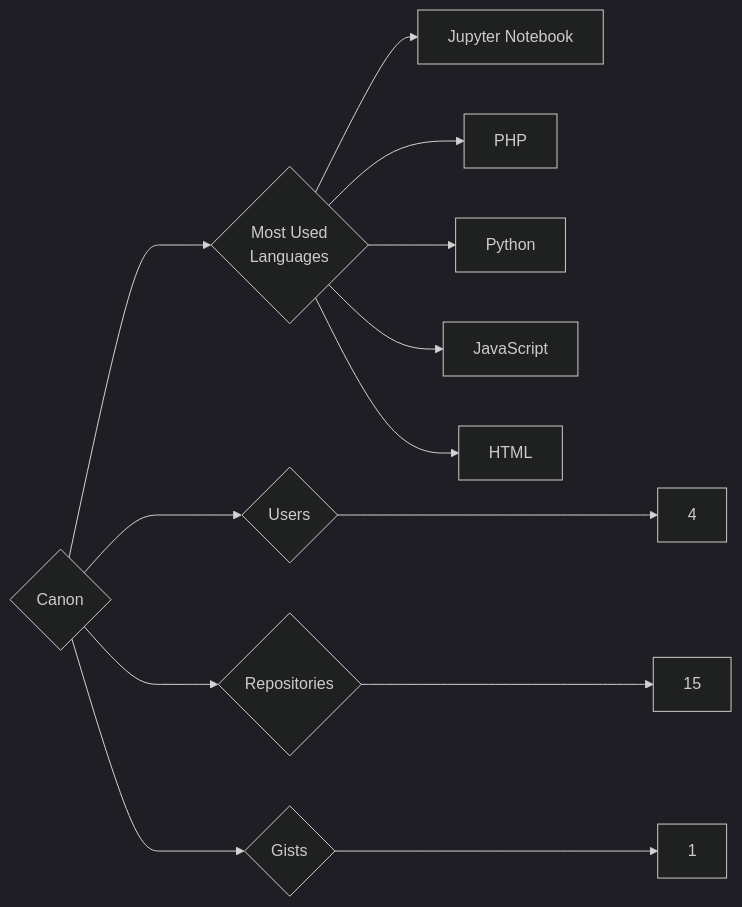
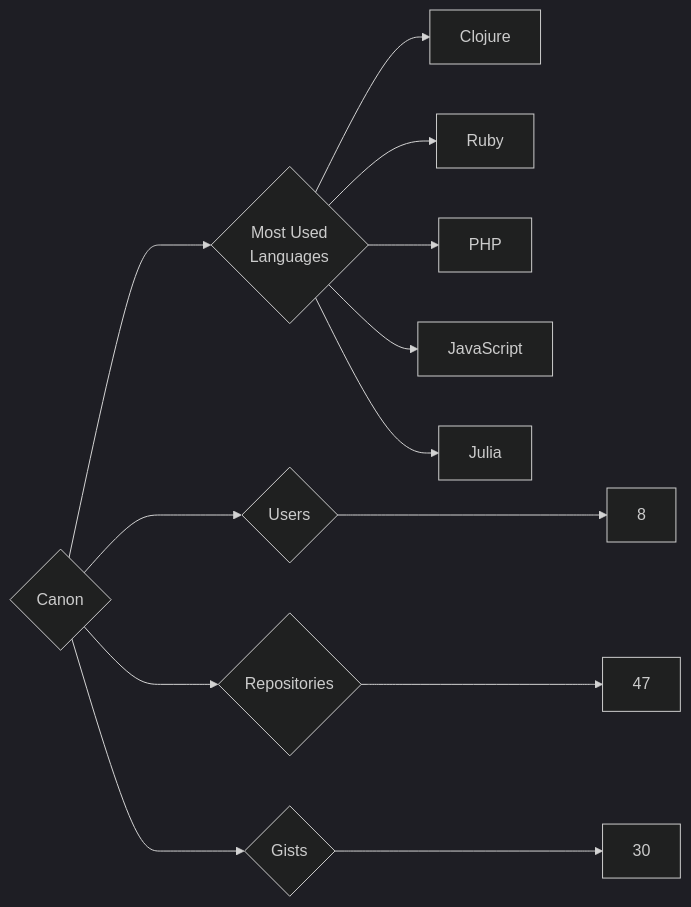
One commit to trickest/insiders changed the diagram in targets/Canon/README.md. Above: the diagram before and after it, drawn with Mermaid (dark theme). The commit also changed 857 other files, not shown here.

````diff
--- a/targets/Canon/README.md
+++ b/targets/Canon/README.md
@@ -3,13 +3,13 @@
 ```mermaid
 graph LR
 COMPANY_NAME{Canon}
-COMPANY_NAME ---> U{Users} ---> UN[4]
-COMPANY_NAME ---> R{Repositories} ---> RN[15]
-COMPANY_NAME ---> G{Gists} ---> GN[1]
+COMPANY_NAME ---> U{Users} ---> UN[8]
+COMPANY_NAME ---> R{Repositories} ---> RN[47]
+COMPANY_NAME ---> G{Gists} ---> GN[30]
 COMPANY_NAME ---> ML{Most Used<br>Languages}
-ML --> Jupyter_Notebook[Jupyter Notebook]
+ML --> Clojure[Clojure]
+ML --> Ruby[Ruby]
 ML --> PHP[PHP]
-ML --> Python[Python]
 ML --> JavaScript[JavaScript]
-ML --> HTML[HTML]
+ML --> Julia[Julia]
 ```
````
